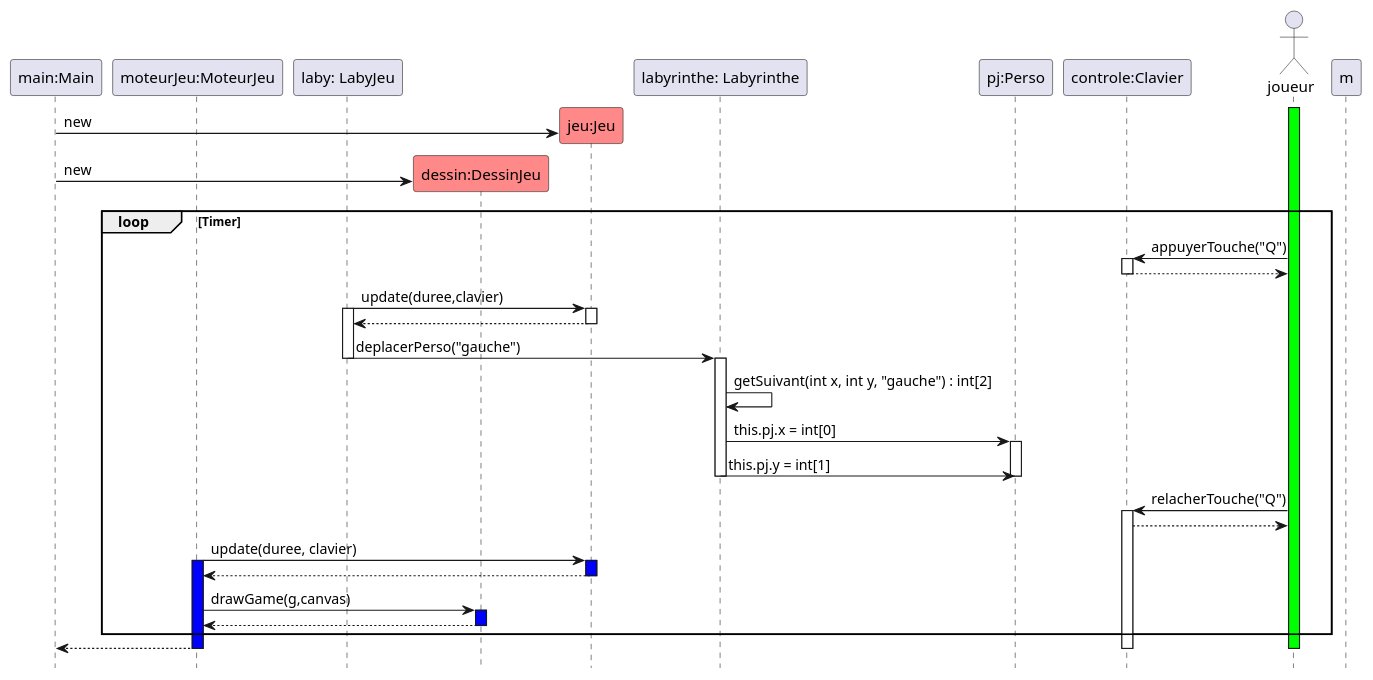
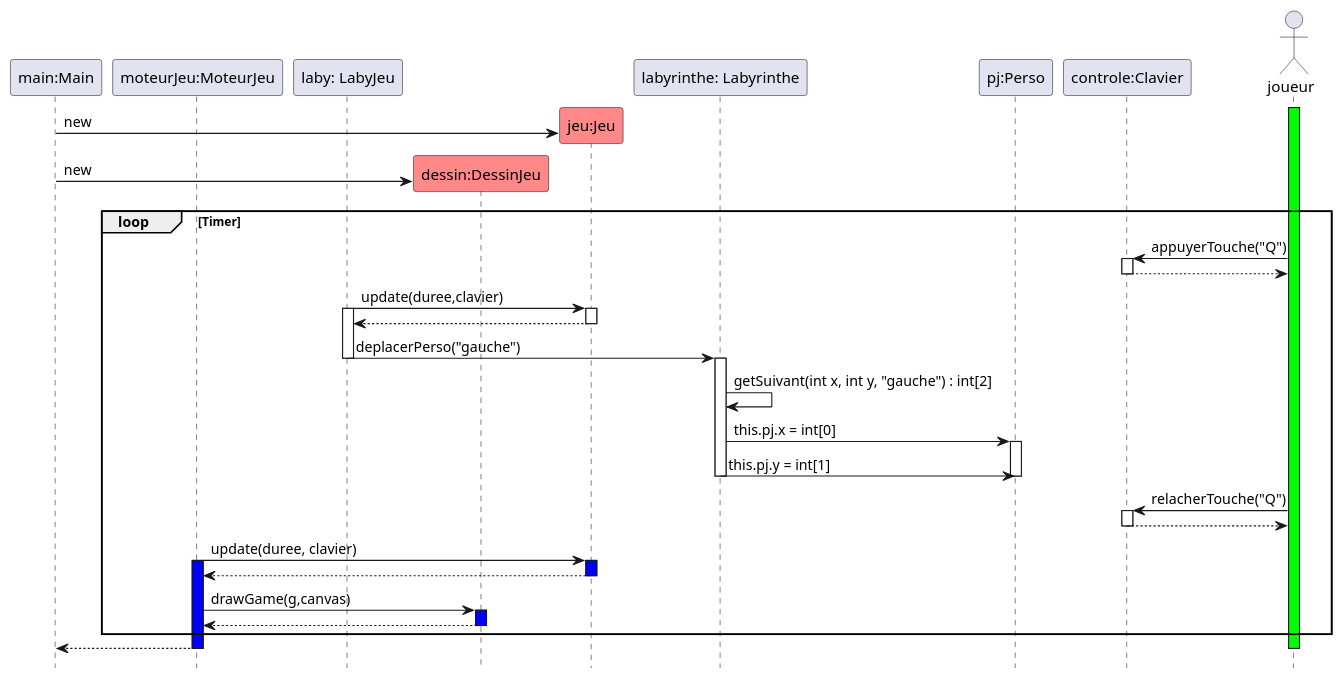
Before and after one commit to OoNeal/2022_zeldiablo_rionde8u_povoas1u_melchior25u_arnaud35u: the diagram in documents/version_1/DiagSeq_laby_deplacement_gauche.puml, drawn with PlantUML.

Commit message:
Dernière modification DiagSeq_laby_deplacement_gauche.puml

```diff
--- a/documents/version_1/DiagSeq_laby_deplacement_gauche.puml
+++ b/documents/version_1/DiagSeq_laby_deplacement_gauche.puml
@@ -1,73 +1,71 @@
 @startuml
 hide footbox
 
 participant "main:Main" as main
 participant "moteurJeu:MoteurJeu" as moteurJeu
 participant "laby: LabyJeu" as l
 participant "dessin:DessinJeu" as r #FF8888
 participant "jeu:Jeu" as game #FF8888
 participant "labyrinthe: Labyrinthe" as lab
 participant "pj:Perso" as p
 participant "controle:Clavier" as c
 actor "joueur" as j
 
 activate j #00FF00
 
 create game
 main-> game : new
 create r
 main-> r :new
 
 loop Timer
 j -> c : appuyerTouche("Q")
 activate c
 c --> j
 deactivate c
 
 
 l -> game : update(duree,clavier)
 activate l
 activate game
 game --> l
 deactivate game
 
 l -> lab : deplacerPerso("gauche")
 deactivate l
 activate lab
 lab -> lab : getSuivant(int x, int y, "gauche") : int[2]
 
 
 lab -> p : this.pj.x = int[0]
 activate p
 lab -> p : this.pj.y = int[1]
 deactivate p
 deactivate lab
 
 j -> c : relacherTouche("Q")
 activate c
 c --> j
+deactivate c
 
 
 moteurJeu -> game : update(duree, clavier)
 activate moteurJeu #0000FF
 activate game #0000FF
 
 moteurJeu <-- game
 deactivate game
 
 moteurJeu -> r : drawGame(g,canvas)
 activate r #0000FF
 
 moteurJeu <-- r
 deactivate r
 
 end
 
 main<-- moteurJeu
 deactivate moteurJeu
-deactivate c
-deactivate l
-deactivate m
 deactivate j
 
 @enduml
```
